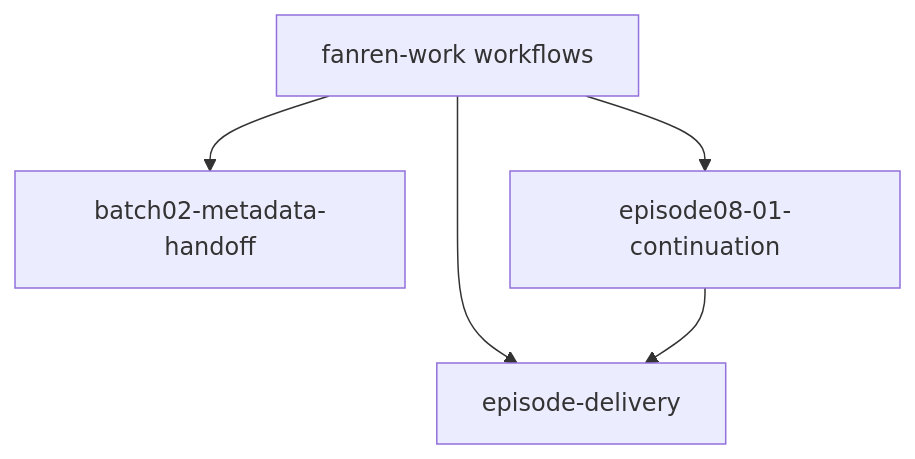
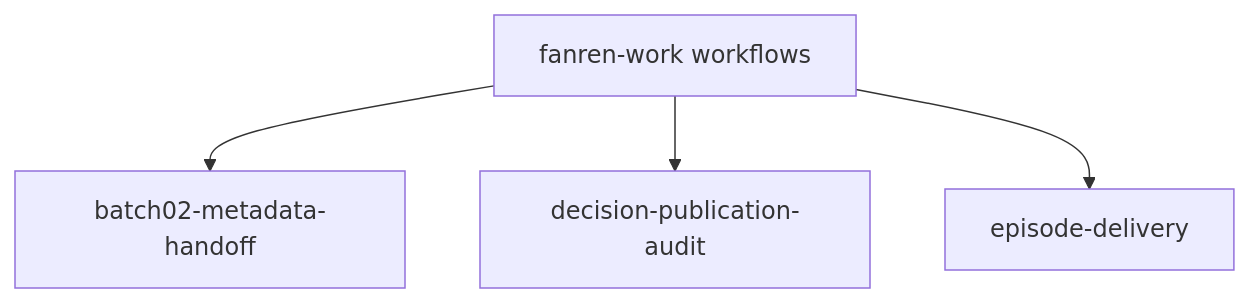
The first of 3 diagrams in workflows/README.md (CF-FE/fanren-work), drawn with Mermaid before and after one commit. The commit also changed other lines of this file and 4 other files, not shown here.

Commit message:
Connect Fanren audit outcomes to the decision publisher

````diff
--- a/workflows/README.md
+++ b/workflows/README.md
@@ -8,11 +8,10 @@
 ```mermaid
 flowchart TD
     project["fanren-work workflows"]
     f0["batch02-metadata-handoff"]
     project --> f0
-    f1["episode-delivery"]
+    f1["decision-publication-audit"]
     project --> f1
-    domain["episode08-01-continuation"]
-    project --> domain
-    domain --> f1
+    f2["episode-delivery"]
+    project --> f2
 ```
````
